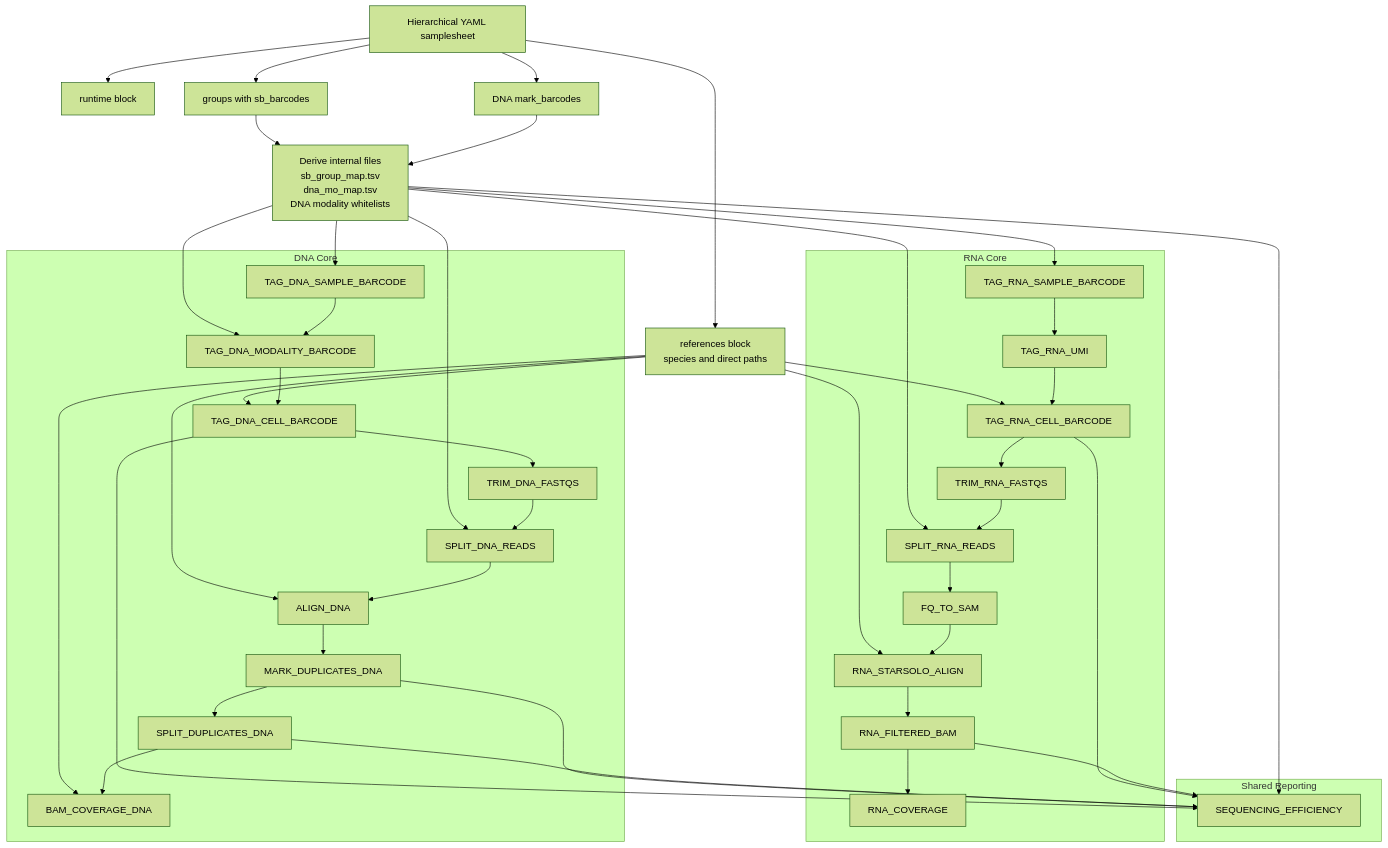
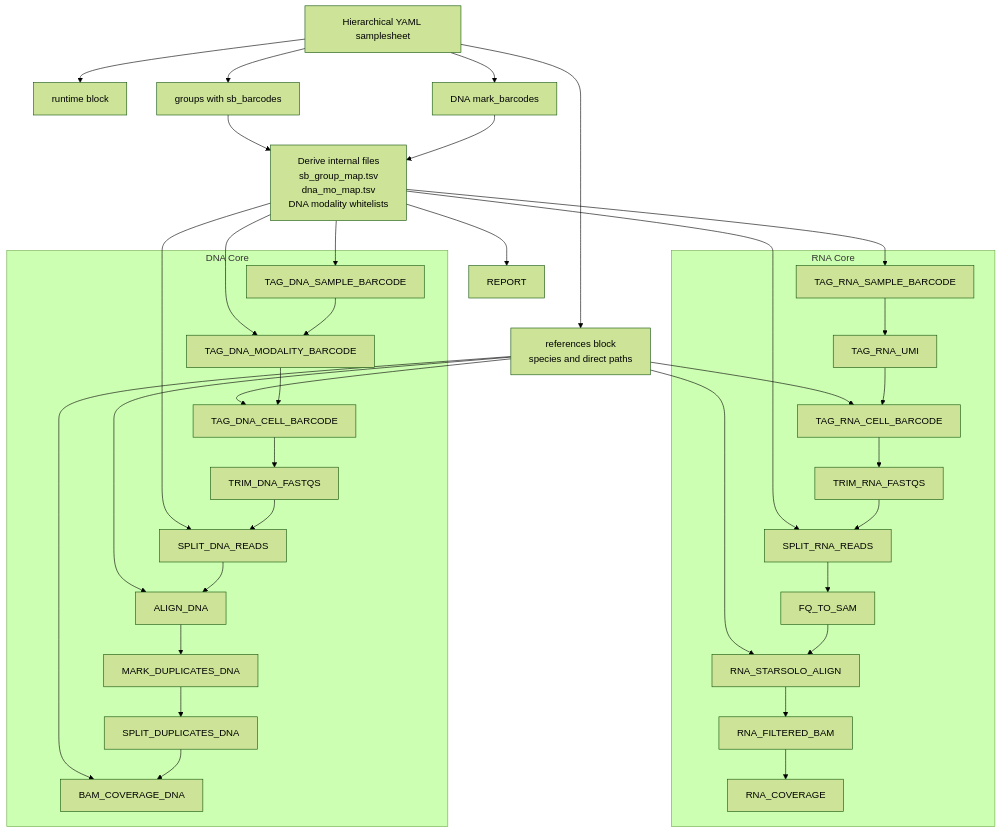
Before and after one commit to CSOgroup/TrESFlow: the diagram in docs/architecture/implemented_pipeline.md, drawn with Mermaid (forest theme). The commit also changed 11 other files, not shown here.

Commit message:
Remove sequencing efficiency step

````diff
--- a/docs/architecture/implemented_pipeline.md
+++ b/docs/architecture/implemented_pipeline.md
@@ -9,64 +9,55 @@
 ```mermaid
 flowchart TD
     SS[Hierarchical YAML samplesheet]
     RUN[runtime block]
     REF[references block\nspecies and direct paths]
     GROUPS[groups with sb_barcodes]
     DNAMARKS[DNA mark_barcodes]
     DERIVE[Derive internal files\nsb_group_map.tsv\ndna_mo_map.tsv\nDNA modality whitelists]
 
     SS --> RUN
     SS --> REF
     SS --> GROUPS
     SS --> DNAMARKS
     GROUPS --> DERIVE
     DNAMARKS --> DERIVE
 
     REF --> RNA2
     REF --> RNA6
     REF --> DNA2
     REF --> DNA5
     REF --> DNA8
     DERIVE --> REPORT
     DERIVE --> RNA0
     DERIVE --> RNA4
     DERIVE --> DNA0
     DERIVE --> DNA1
     DERIVE --> DNA4
 
     subgraph RNA_Core[RNA Core]
         RNA0[TAG_RNA_SAMPLE_BARCODE]
         RNA1[TAG_RNA_UMI]
         RNA2[TAG_RNA_CELL_BARCODE]
         RNA3[TRIM_RNA_FASTQS]
         RNA4[SPLIT_RNA_READS]
         RNA5[FQ_TO_SAM]
         RNA6[RNA_STARSOLO_ALIGN]
         RNA7[RNA_FILTERED_BAM]
         RNA8[RNA_COVERAGE]
         RNA0 --> RNA1 --> RNA2 --> RNA3 --> RNA4 --> RNA5 --> RNA6 --> RNA7 --> RNA8
     end
 
     subgraph DNA_Core[DNA Core]
         DNA0[TAG_DNA_SAMPLE_BARCODE]
         DNA1[TAG_DNA_MODALITY_BARCODE]
         DNA2[TAG_DNA_CELL_BARCODE]
         DNA3[TRIM_DNA_FASTQS]
         DNA4[SPLIT_DNA_READS]
         DNA5[ALIGN_DNA]
         DNA6[MARK_DUPLICATES_DNA]
         DNA7[SPLIT_DUPLICATES_DNA]
         DNA8[BAM_COVERAGE_DNA]
         DNA0 --> DNA1 --> DNA2 --> DNA3 --> DNA4 --> DNA5 --> DNA6 --> DNA7 --> DNA8
     end
 
-    subgraph Reporting[Shared Reporting]
-        REPORT[SEQUENCING_EFFICIENCY]
-    end
-
-    RNA2 --> REPORT
-    RNA7 --> REPORT
-    DNA2 --> REPORT
-    DNA6 --> REPORT
-    DNA7 --> REPORT
 ```
````
